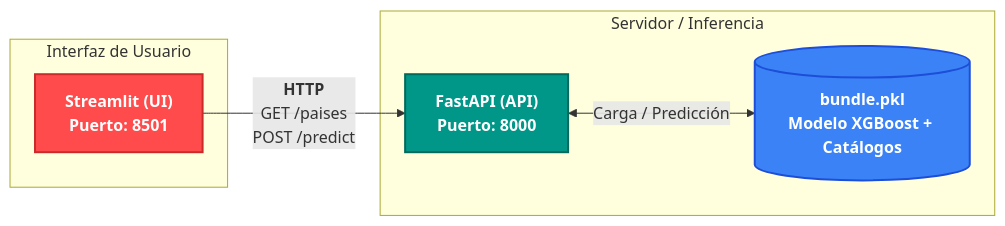
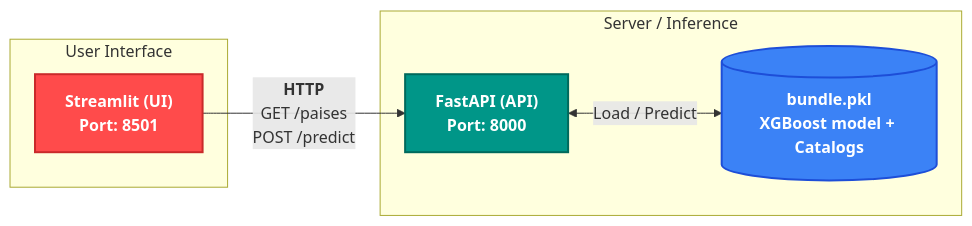
Before and after one commit to angel-monterrosas/machine-learning-zoomcamp: the diagram in homework/Midterm_Project/README.md, drawn with Mermaid. The commit also changed other lines of this file and 1 other file, not shown here.

````diff
--- a/homework/Midterm_Project/README.md
+++ b/homework/Midterm_Project/README.md
@@ -135,18 +137,18 @@
 ```mermaid
 flowchart LR
     classDef ui fill:#ff4b4b,stroke:#c92a2a,stroke-width:2px,color:#ffffff,font-weight:bold;
     classDef api fill:#009688,stroke:#00695c,stroke-width:2px,color:#ffffff,font-weight:bold;
     classDef artifact fill:#3b82f6,stroke:#1d4ed8,stroke-width:2px,color:#ffffff,font-weight:bold;
 
-    subgraph Frontend ["Interfaz de Usuario"]
-        UI["<b>Streamlit (UI)</b><br/>Puerto: 8501"]:::ui
+    subgraph Frontend ["User Interface"]
+        UI["<b>Streamlit (UI)</b><br/>Port: 8501"]:::ui
     end
 
-    subgraph Backend ["Servidor / Inferencia"]
-        API["<b>FastAPI (API)</b><br/>Puerto: 8000"]:::api
-        PKL[("<b>bundle.pkl</b><br/>Modelo XGBoost + Catálogos")]:::artifact
+    subgraph Backend ["Server / Inference"]
+        API["<b>FastAPI (API)</b><br/>Port: 8000"]:::api
+        PKL[("<b>bundle.pkl</b><br/>XGBoost model + Catalogs")]:::artifact
     end
 
     UI -->|"<b>HTTP</b><br/>GET /paises<br/>POST /predict"| API
-    API <-->|"Carga / Predicción"| PKL
+    API <-->|"Load / Predict"| PKL
 ```
````
